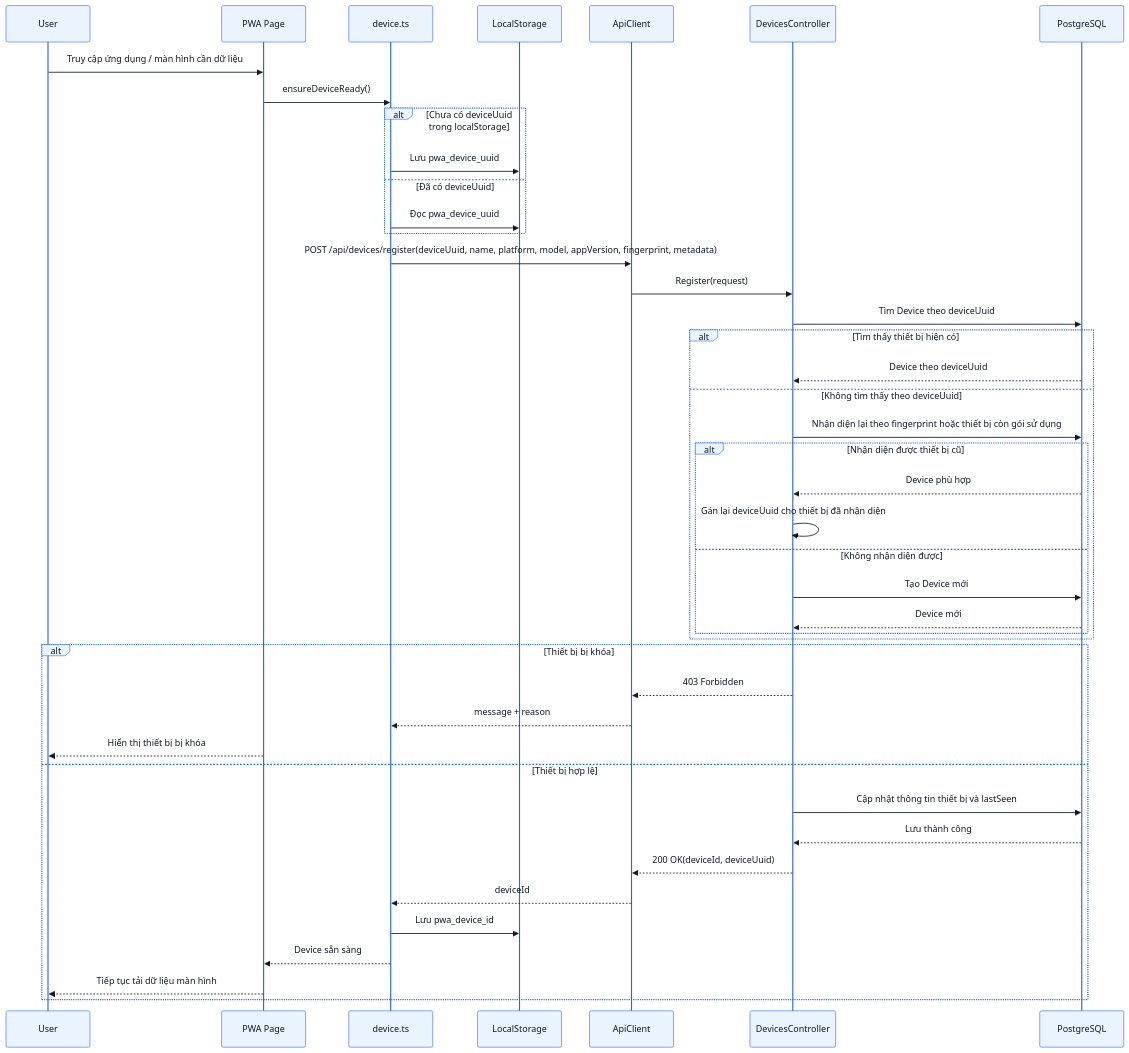
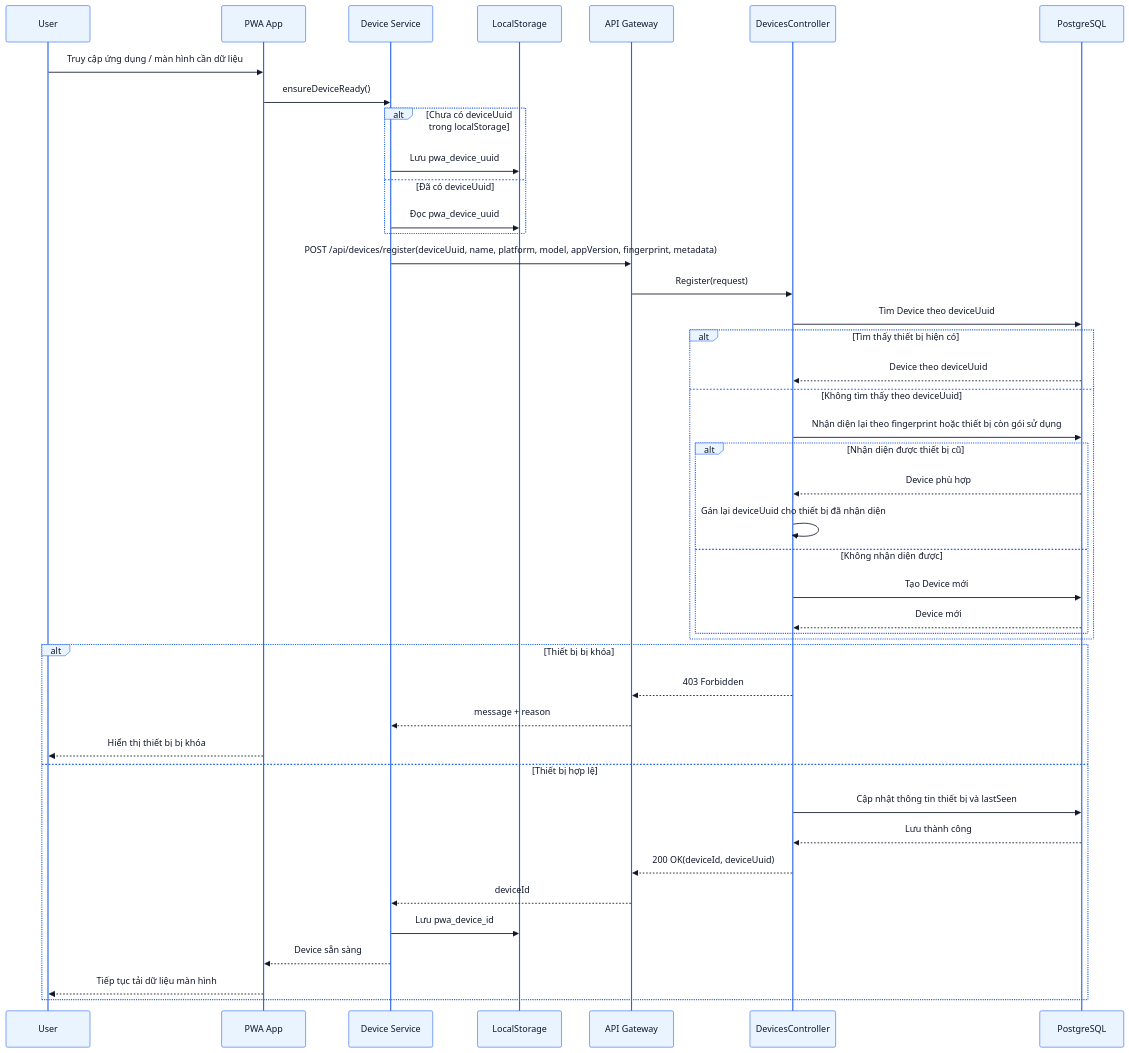
The first of 30 diagrams in docs/PRD.md (thaiquanghieu/smart-guide-system), drawn with Mermaid before and after one commit. The commit also changed other lines of this file and 1 other file, not shown here.

````diff
--- a/docs/PRD.md
+++ b/docs/PRD.md
@@ -586,67 +646,67 @@
 ```mermaid
 %%{init: {
   "theme": "base",
   "themeVariables": {
     "primaryColor": "#EAF4FF",
     "primaryBorderColor": "#2563EB",
     "primaryTextColor": "#0F172A",
     "lineColor": "#2563EB",
     "secondaryColor": "#DBEAFE",
     "tertiaryColor": "#F8FBFF",
     "noteBkgColor": "#EFF6FF",
     "noteBorderColor": "#3B82F6",
     "activationBorderColor": "#2563EB",
     "activationBkgColor": "#DBEAFE",
     "sequenceNumberColor": "#0F172A"
   }
 }}%%
 sequenceDiagram
     participant User as User
-    participant PWA as PWA Page
-    participant DeviceLib as device.ts
+    participant PWA as PWA App
+    participant DeviceLib as Device Service
     participant Storage as LocalStorage
-    participant API as ApiClient
+    participant API as API Gateway
     participant DevicesCtl as DevicesController
     participant DB as PostgreSQL
 
     User ->> PWA: Truy cập ứng dụng / màn hình cần dữ liệu
     PWA ->> DeviceLib: ensureDeviceReady()
 
     alt Chưa có deviceUuid trong localStorage
         DeviceLib ->> Storage: Lưu pwa_device_uuid
     else Đã có deviceUuid
         DeviceLib ->> Storage: Đọc pwa_device_uuid
     end
 
     DeviceLib ->> API: POST /api/devices/register(deviceUuid, name, platform, model, appVersion, fingerprint, metadata)
     API ->> DevicesCtl: Register(request)
     DevicesCtl ->> DB: Tìm Device theo deviceUuid
 
     alt Tìm thấy thiết bị hiện có
         DB -->> DevicesCtl: Device theo deviceUuid
     else Không tìm thấy theo deviceUuid
         DevicesCtl ->> DB: Nhận diện lại theo fingerprint hoặc thiết bị còn gói sử dụng
 
         alt Nhận diện được thiết bị cũ
             DB -->> DevicesCtl: Device phù hợp
             DevicesCtl ->> DevicesCtl: Gán lại deviceUuid cho thiết bị đã nhận diện
         else Không nhận diện được
             DevicesCtl ->> DB: Tạo Device mới
             DB -->> DevicesCtl: Device mới
         end
     end
 
     alt Thiết bị bị khóa
         DevicesCtl -->> API: 403 Forbidden
         API -->> DeviceLib: message + reason
         PWA -->> User: Hiển thị thiết bị bị khóa
     else Thiết bị hợp lệ
         DevicesCtl ->> DB: Cập nhật thông tin thiết bị và lastSeen
         DB -->> DevicesCtl: Lưu thành công
         DevicesCtl -->> API: 200 OK(deviceId, deviceUuid)
         API -->> DeviceLib: deviceId
         DeviceLib ->> Storage: Lưu pwa_device_id
         DeviceLib -->> PWA: Device sẵn sàng
         PWA -->> User: Tiếp tục tải dữ liệu màn hình
     end
 ```
````
